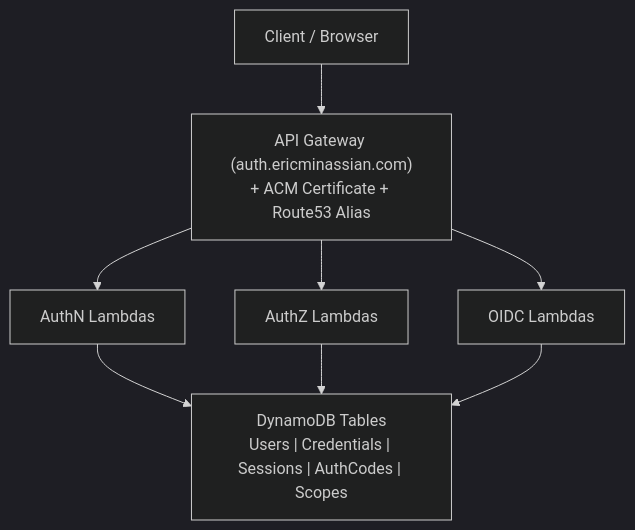
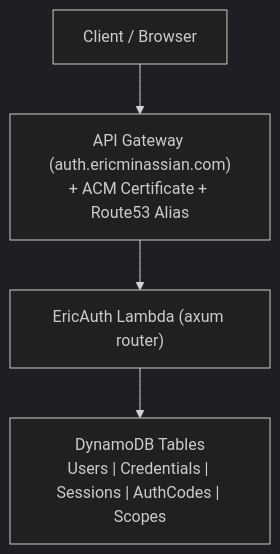
One commit to eric-minassian/ericauth changed the first of 5 diagrams in DESIGN_DOC.md. Above: the diagram before and after it, drawn with Mermaid (dark theme). The commit also changed other lines of this file and 25 other files, not shown here.

````diff
--- a/DESIGN_DOC.md
+++ b/DESIGN_DOC.md
@@ -22,17 +22,11 @@
 ```mermaid
 graph TD
     Client["Client / Browser"]
     APIGW["API Gateway (auth.ericminassian.com)<br/>+ ACM Certificate + Route53 Alias"]
-    AuthN["AuthN Lambdas"]
-    AuthZ["AuthZ Lambdas"]
-    OIDC["OIDC Lambdas"]
+    Auth["EricAuth Lambda (axum router)"]
     DB["DynamoDB Tables<br/>Users | Credentials | Sessions | AuthCodes | Scopes"]
 
     Client --> APIGW
-    APIGW --> AuthN
-    APIGW --> AuthZ
-    APIGW --> OIDC
-    AuthN --> DB
-    AuthZ --> DB
-    OIDC --> DB
+    APIGW --> Auth
+    Auth --> DB
 ```
````
